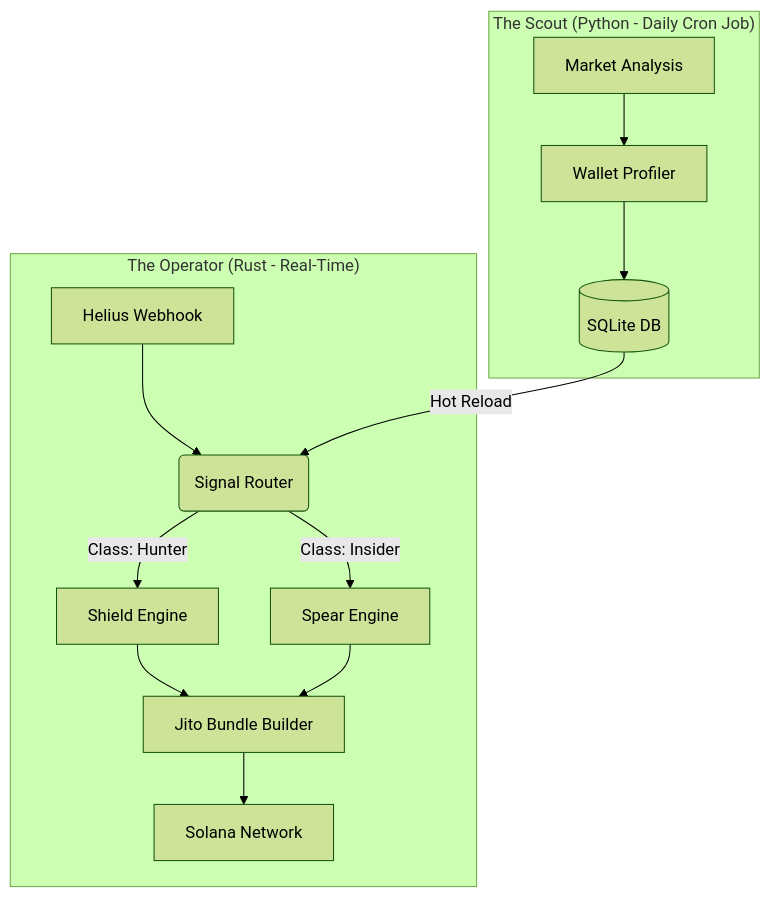
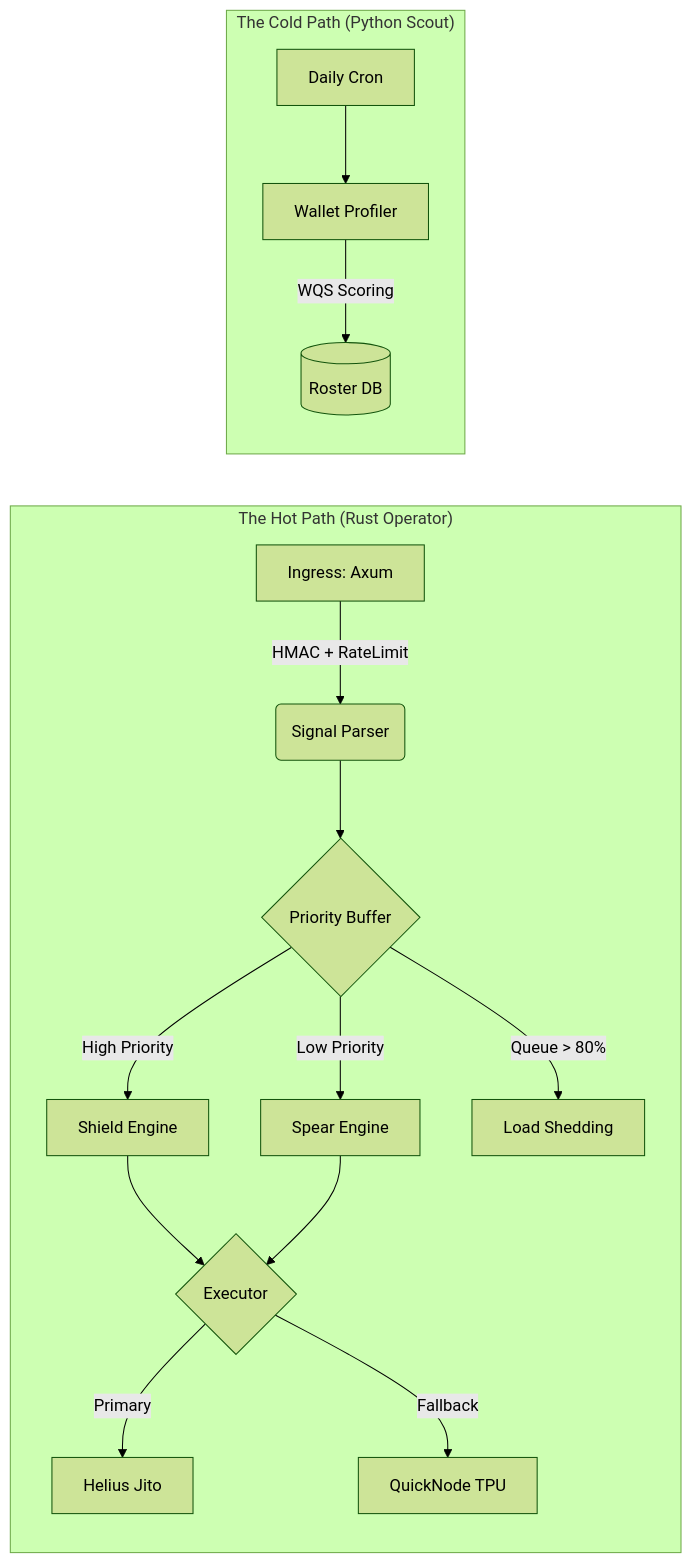
One commit to mshafiee/chimera changed the diagram in README.md. Above: the diagram before and after it, drawn with Mermaid (forest theme). The commit also changed other lines of this file and 20 other files, not shown here.

````diff
--- a/README.md
+++ b/README.md
@@ -48,16 +49,19 @@
 ```mermaid
-graph TD
-    subgraph "The Operator (Rust - Real-Time)"
-    A[Helius Webhook] --> B(Signal Router)
-    B -->|Class: Hunter| C[Shield Engine]
-    B -->|Class: Insider| D[Spear Engine]
-    C & D --> F[Jito Bundle Builder]
-    F --> G[Solana Network]
+graph LR
+    subgraph "The Hot Path (Rust Operator)"
+    A[Ingress: Axum] -->|HMAC + RateLimit| B(Signal Parser)
+    B --> C{Priority Buffer}
+    C -->|High Priority| D[Shield Engine]
+    C -->|Low Priority| E[Spear Engine]
+    C -->|Queue > 80%| F[Load Shedding]
+    
+    D & E --> G{Executor}
+    G -->|Primary| H[Helius Jito]
+    G -->|Fallback| I[QuickNode TPU]
     end
     
-    subgraph "The Scout (Python - Daily Cron Job)"
-    H[Market Analysis] --> I[Wallet Profiler]
-    I --> J[(SQLite DB)]
-    J -->|Hot Reload| B
+    subgraph "The Cold Path (Python Scout)"
+    J[Daily Cron] --> K[Wallet Profiler]
+    K -->|WQS Scoring| L[(Roster DB)]
     end
 ```
````
